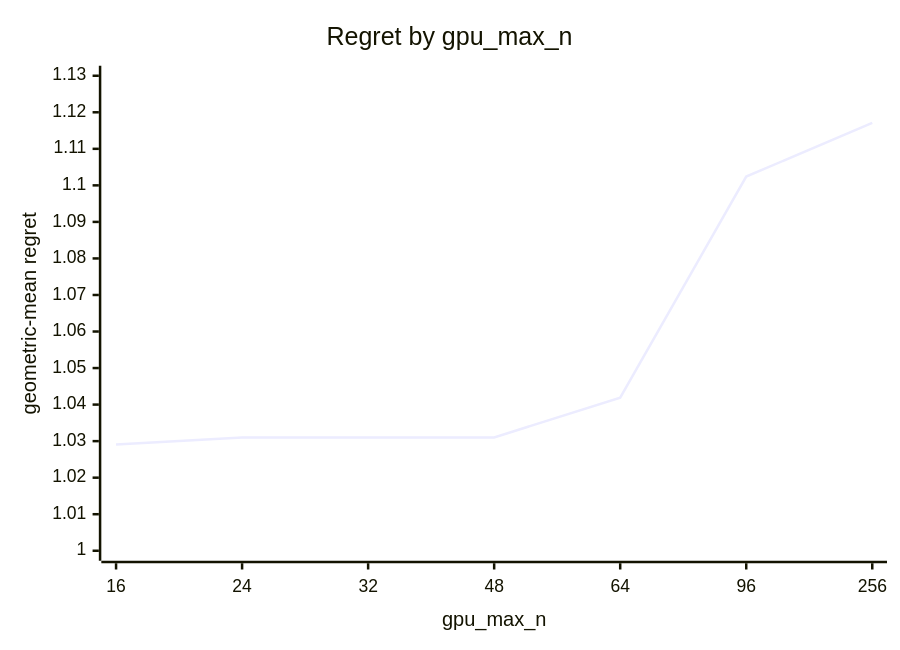
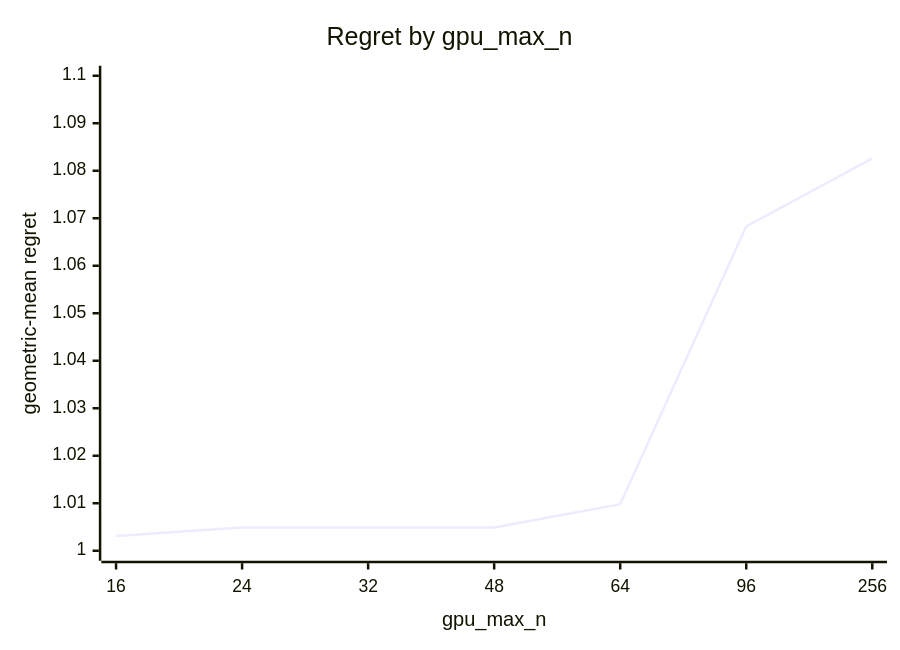
The seventh of 7 diagrams in docs/results/apple-m5-pro-20gpu/20261009-b60ec0/eigh/report.md (c0rmac/metal-linalg), drawn with Mermaid before and after one commit. The commit also changed other lines of this file and 35 other files, not shown here.

````diff
--- a/docs/results/apple-m5-pro-20gpu/20261009-b60ec0/eigh/report.md
+++ b/docs/results/apple-m5-pro-20gpu/20261009-b60ec0/eigh/report.md
@@ -209,7 +208,7 @@
 ```mermaid
 xychart-beta
     title "Regret by gpu_max_n"
     x-axis "gpu_max_n" [16, 24, 32, 48, 64, 96, 256]
-    y-axis "geometric-mean regret" 1.0 --> 1.13
-    line [1.0291, 1.0310, 1.0310, 1.0310, 1.0419, 1.1024, 1.1171]
+    y-axis "geometric-mean regret" 1.0 --> 1.10
+    line [1.0031, 1.0049, 1.0049, 1.0049, 1.0098, 1.0683, 1.0826]
 ```
````
